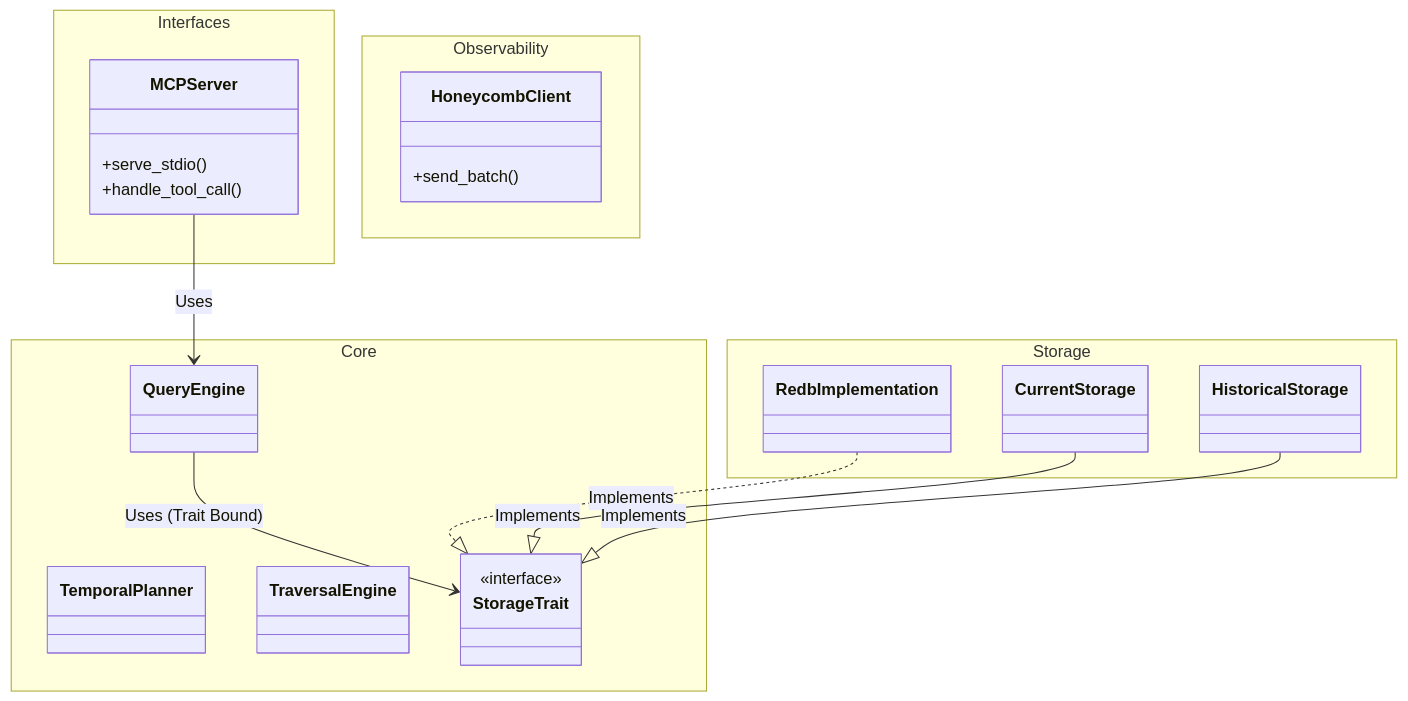
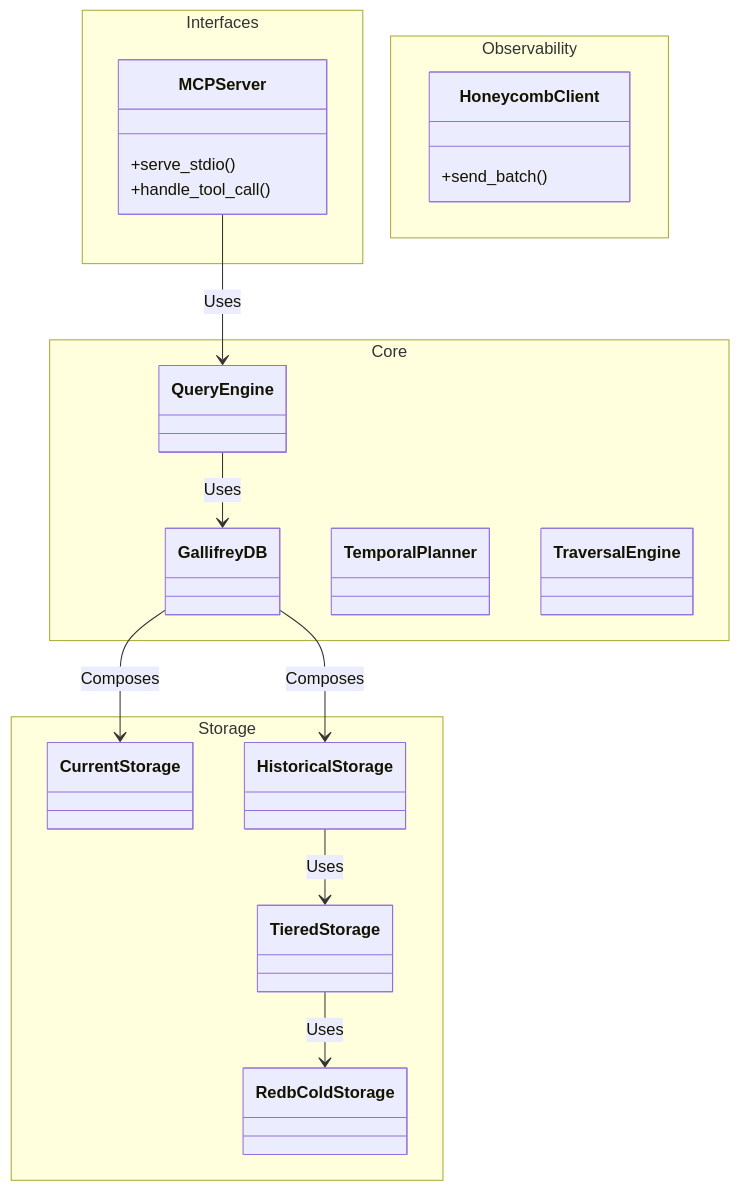
The second of 8 diagrams in docs/ARCHITECTURE.md (autumn-foundation/AletheiaDB), drawn with Mermaid before and after one commit. The commit also changed 1 other file, not shown here.

Commit message:
docs: add ADR-0034 and update architecture diagram
Records the architectural decision to remove the `ColdStorage` trait and standardize on `RedbColdStorage` as the concrete implementation for cold storage. This simplifies the storage layer and aligns with the codebase state where `TieredStorage` directly depends on `RedbColdStorage`.

- Adds `docs/adr/0034-standardize-redb-cold-storage.md`
- Updates `docs/ARCHITECTURE.md` class diagram to remove `StorageTrait` and reflect concrete composition.

````diff
--- a/docs/ARCHITECTURE.md
+++ b/docs/ARCHITECTURE.md
@@ -78,34 +78,33 @@
 ```mermaid
 classDiagram
     namespace Interfaces {
         class MCPServer {
             +serve_stdio()
             +handle_tool_call()
         }
     }
     namespace Core {
+        class GallifreyDB
         class QueryEngine
         class TemporalPlanner
         class TraversalEngine
-        class StorageTrait {
-            <<interface>>
-        }
     }
     namespace Storage {
         class CurrentStorage
         class HistoricalStorage
-        class RedbImplementation
+        class TieredStorage
+        class RedbColdStorage
     }
     namespace Observability {
         class HoneycombClient {
             +send_batch()
         }
     }
 
     MCPServer --> QueryEngine : Uses
-    QueryEngine --> StorageTrait : Uses (Trait Bound)
-    %% Removed the circular dependency arrow
-    RedbImplementation ..|> StorageTrait : Implements
-    CurrentStorage --|> StorageTrait : Implements
-    HistoricalStorage --|> StorageTrait : Implements
+    QueryEngine --> GallifreyDB : Uses
+    GallifreyDB --> CurrentStorage : Composes
+    GallifreyDB --> HistoricalStorage : Composes
+    HistoricalStorage --> TieredStorage : Uses
+    TieredStorage --> RedbColdStorage : Uses
 ```
````
